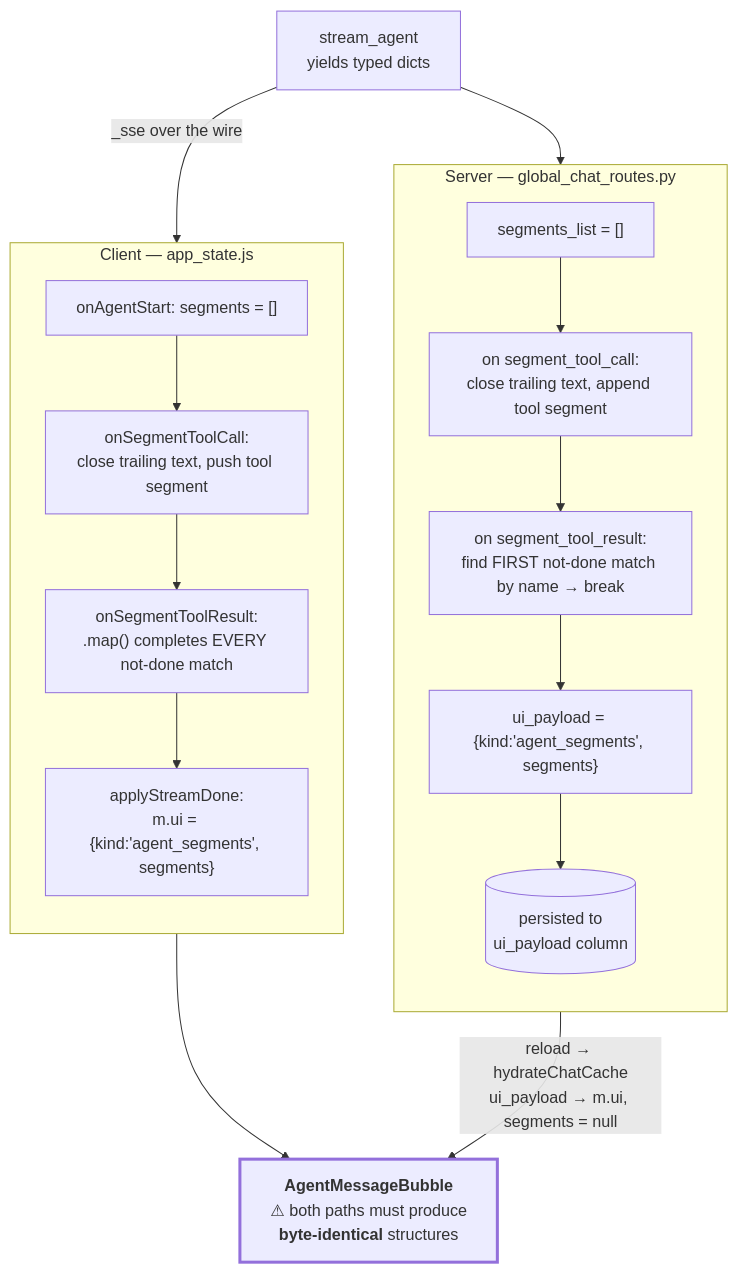
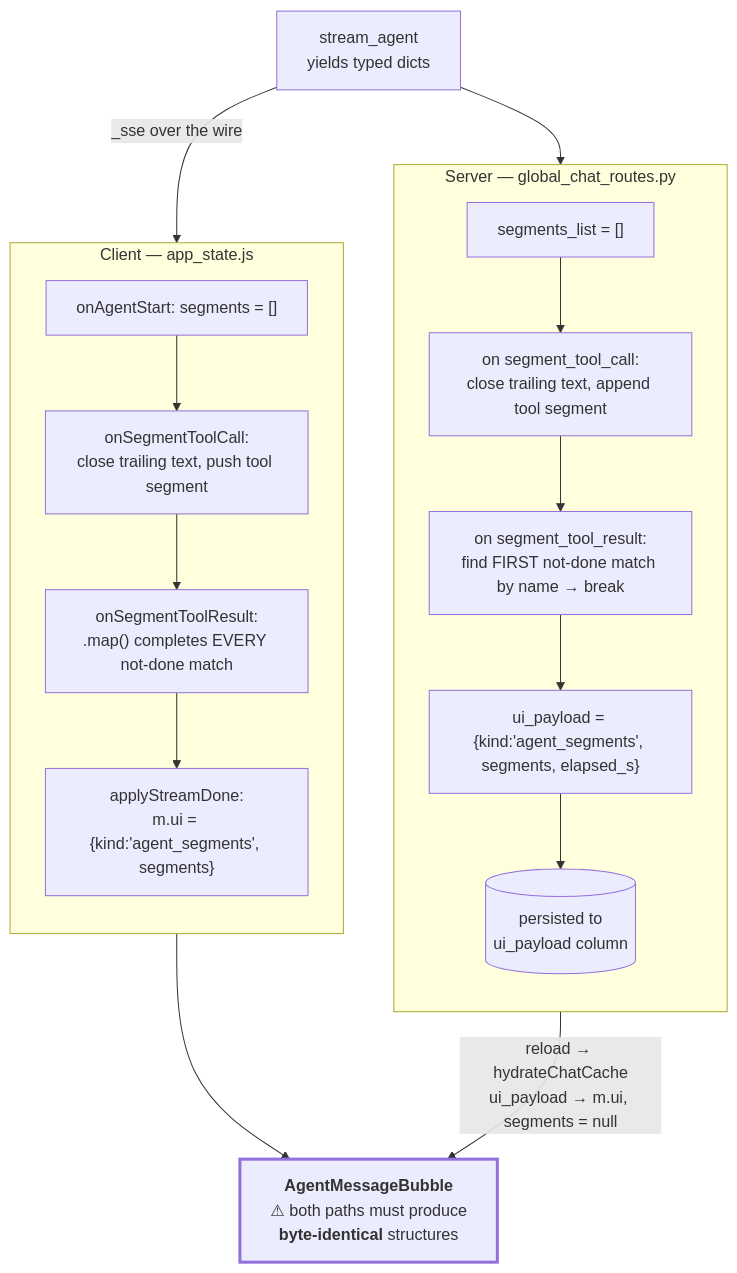
One commit to dhruvviveksharma/QiitaExplore changed the second of 2 diagrams in docs/06-streaming-and-chat.md. Above: the diagram before and after it, drawn with Mermaid. The commit also changed other lines of this file and 12 other files, not shown here.

First line of the commit message:
Chat: a timeline for the agent's work; long filenames shortened to 50 characters (#21)

````diff
--- a/docs/06-streaming-and-chat.md
+++ b/docs/06-streaming-and-chat.md
@@ -180,33 +182,33 @@
 ```mermaid
 flowchart TB
     SA["stream_agent<br/>yields typed dicts"]
 
     subgraph SRV["Server — global_chat_routes.py"]
         direction TB
         S1["segments_list = []"]
         S2["on segment_tool_call:<br/>close trailing text, append tool segment"]
         S3["on segment_tool_result:<br/>find FIRST not-done match by name → break"]
-        S4["ui_payload = {kind:'agent_segments', segments}"]
+        S4["ui_payload = {kind:'agent_segments', segments, elapsed_s}"]
         S5[("persisted to<br/>ui_payload column")]
         S1 --> S2 --> S3 --> S4 --> S5
     end
 
     subgraph CLI["Client — app_state.js"]
         direction TB
         C1["onAgentStart: segments = []"]
         C2["onSegmentToolCall:<br/>close trailing text, push tool segment"]
         C3["onSegmentToolResult:<br/>.map() completes EVERY not-done match"]
         C4["applyStreamDone:<br/>m.ui = {kind:'agent_segments', segments}"]
         C1 --> C2 --> C3 --> C4
     end
 
     SA --> SRV
     SA -->|"_sse over the wire"| CLI
 
     S5 -->|"reload → hydrateChatCache<br/>ui_payload → m.ui, segments = null"| R
     C4 --> R
 
     R["<b>AgentMessageBubble</b><br/>⚠ both paths must produce<br/><b>byte-identical</b> structures"]
 
     style R stroke-width:3px
 ```
````
